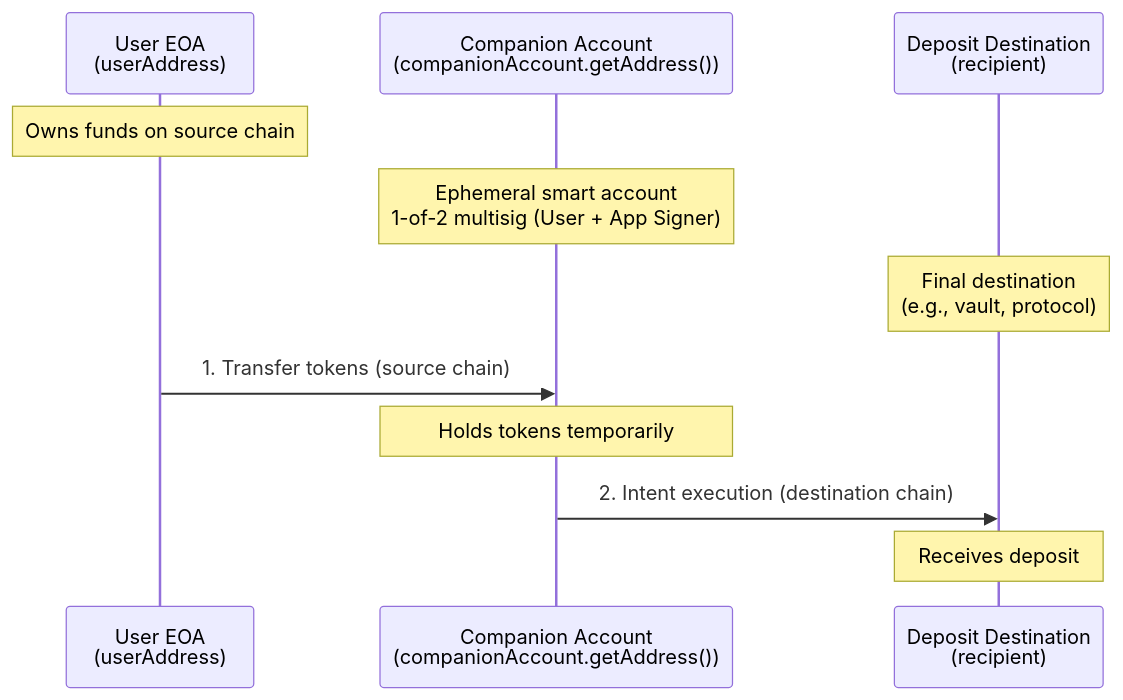
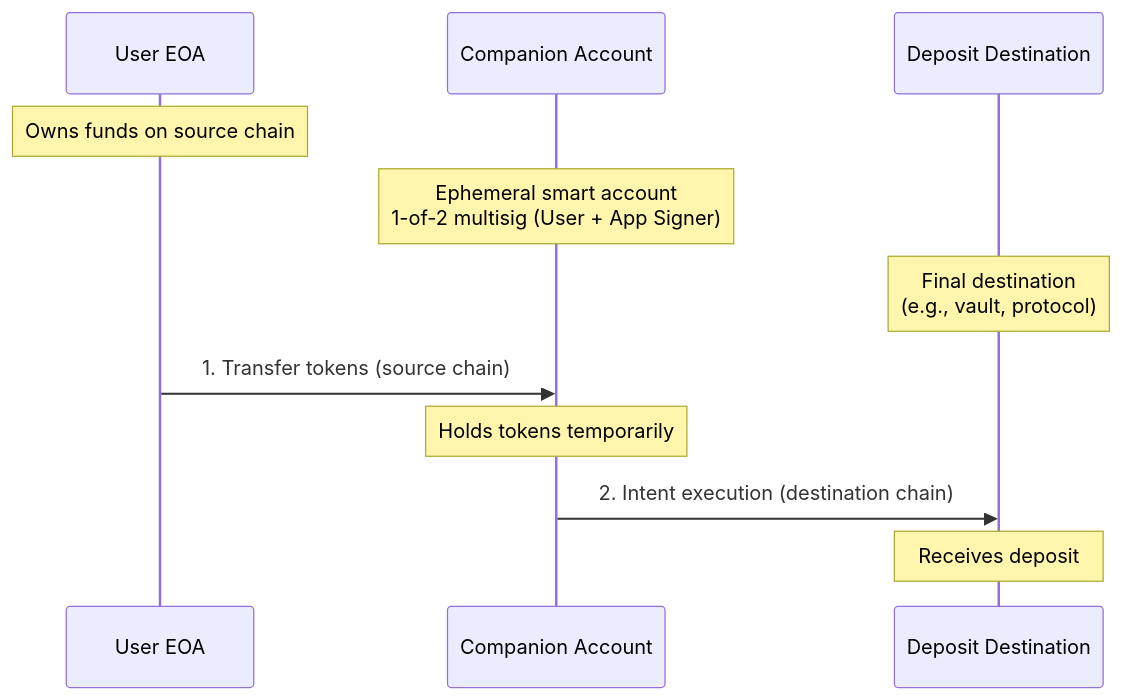
The diagram in intents/use-cases/one-click-deposit.mdx (rhinestonewtf/docs), drawn with Mermaid before and after one commit.

Commit message:
fix: update sequence diagram copy

````diff
--- a/intents/use-cases/one-click-deposit.mdx
+++ b/intents/use-cases/one-click-deposit.mdx
@@ -52,15 +52,15 @@
 ```mermaid
 sequenceDiagram
-    participant User as User EOA<br/>(userAddress)
-    participant Companion as Companion Account<br/>(companionAccount.getAddress())
-    participant Recipient as Deposit Destination<br/>(recipient)
+    participant User as User EOA
+    participant Companion as Companion Account
+    participant Recipient as Deposit Destination
 
     Note over User: Owns funds on source chain
     Note over Companion: Ephemeral smart account<br/>1-of-2 multisig (User + App Signer)
     Note over Recipient: Final destination<br/>(e.g., vault, protocol)
 
     User->>Companion: 1. Transfer tokens (source chain)
     Note over Companion: Holds tokens temporarily
     Companion->>Recipient: 2. Intent execution (destination chain)
     Note over Recipient: Receives deposit
 ```
````
